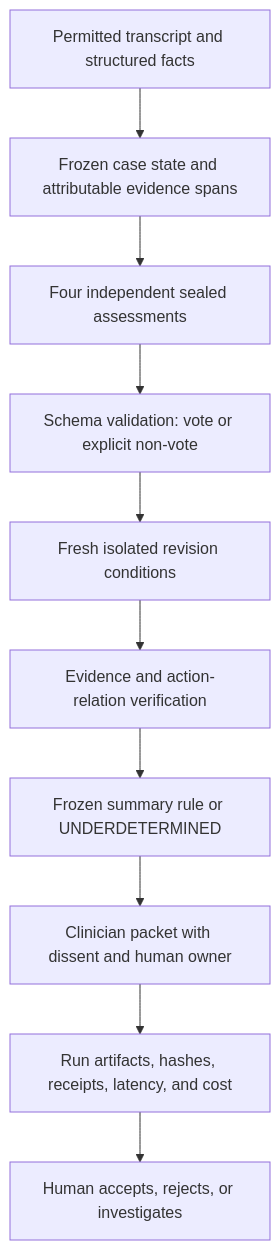
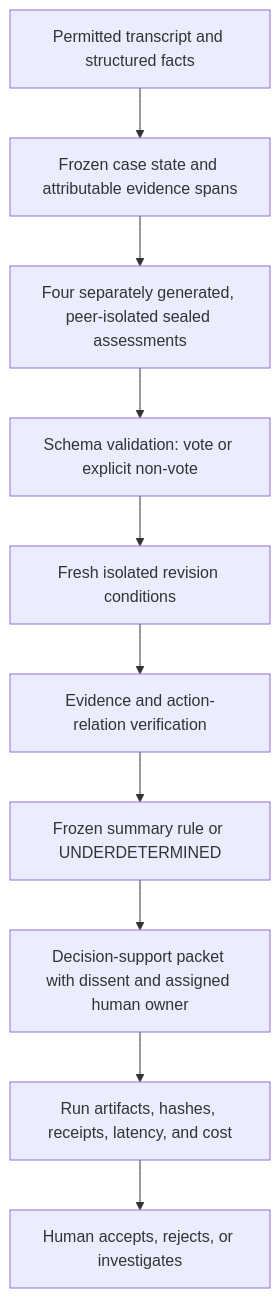
Before and after one commit to pazare/tribunal: the second of 2 diagrams in docs/hackathon/SANTIAGO_ONBOARDING_AND_RAO_PREP_2026-07-17.md, drawn with Mermaid. The commit also changed other lines of this file and 55 other files, not shown here.

````diff
--- a/docs/hackathon/SANTIAGO_ONBOARDING_AND_RAO_PREP_2026-07-17.md
+++ b/docs/hackathon/SANTIAGO_ONBOARDING_AND_RAO_PREP_2026-07-17.md
@@ -297,12 +344,12 @@
 ```mermaid
 flowchart TD
   I["Permitted transcript and structured facts"] --> F["Frozen case state and attributable evidence spans"]
-  F --> S["Four independent sealed assessments"]
+  F --> S["Four separately generated, peer-isolated sealed assessments"]
   S --> V["Schema validation: vote or explicit non-vote"]
   V --> X["Fresh isolated revision conditions"]
   X --> E["Evidence and action-relation verification"]
   E --> R["Frozen summary rule or UNDERDETERMINED"]
-  R --> P["Clinician packet with dissent and human owner"]
+  R --> P["Decision-support packet with dissent and assigned human owner"]
   P --> L["Run artifacts, hashes, receipts, latency, and cost"]
   L --> H["Human accepts, rejects, or investigates"]
 ```
````
